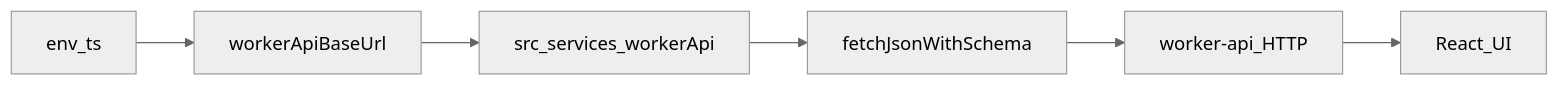
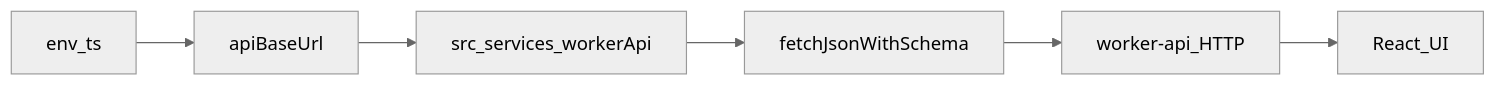
Before and after one commit to louisbrulenaudet/monorepo-template: the diagram in apps/front-app/README.md, drawn with Mermaid (neutral theme). The commit also changed other lines of this file and 5 other files, not shown here.

Commit message:
Update API base URL references; replace VITE_WORKER_API_BASE_URL with VITE_API_BASE_URL across configuration and documentation files for consistency.

````diff
--- a/apps/front-app/README.md
+++ b/apps/front-app/README.md
@@ -50,8 +50,8 @@
 ```mermaid
 flowchart LR
-  Env[env_ts] --> BaseUrl[workerApiBaseUrl]
+  Env[env_ts] --> BaseUrl[apiBaseUrl]
   BaseUrl --> Services[src_services_workerApi]
   Services --> Fetch[fetchJsonWithSchema]
   Fetch --> API[worker-api_HTTP]
   API --> UI[React_UI]
 ```
````
